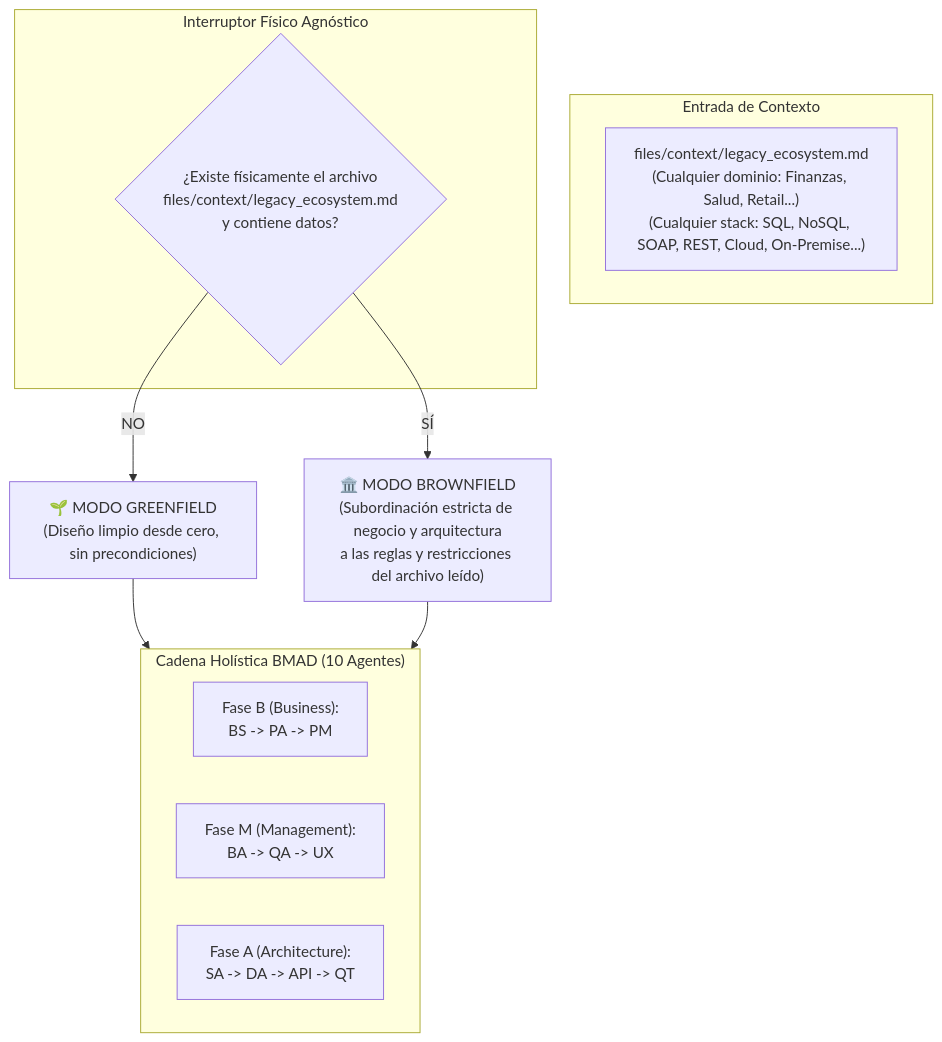
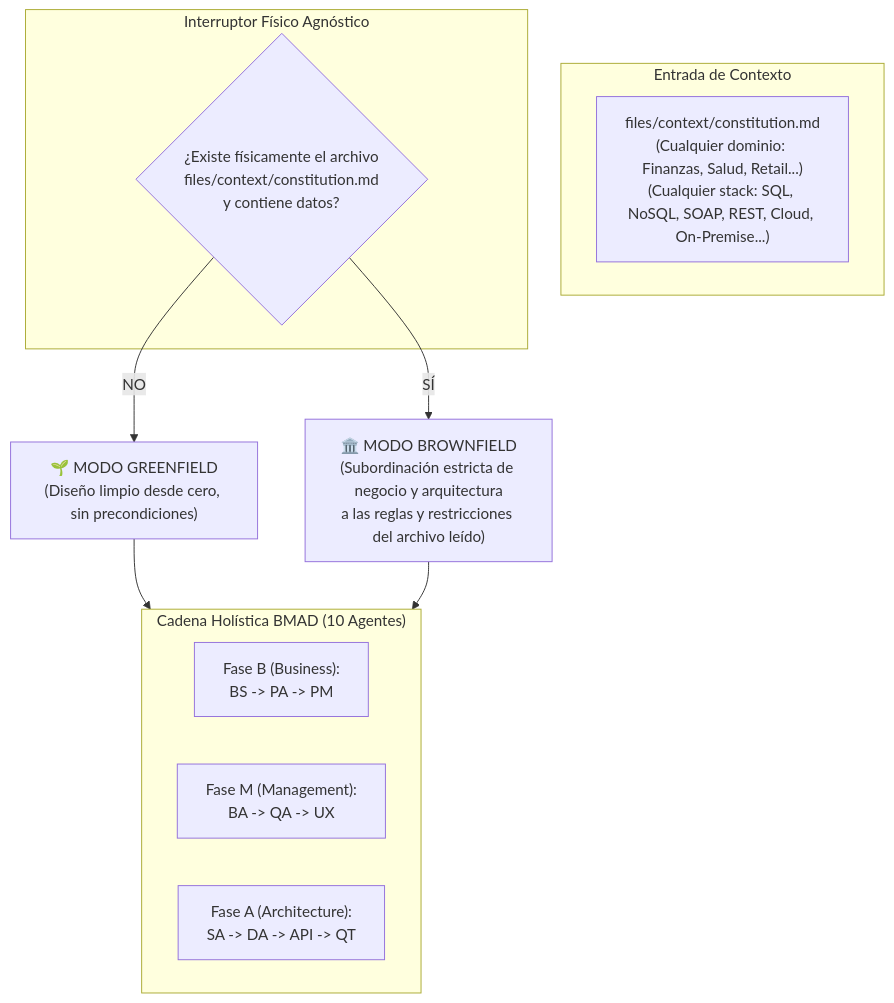
One commit to pauloravicaceres/template-bmad changed the diagram in plan-brownfield.md. Above: the diagram before and after it, drawn with Mermaid. The commit also changed other lines of this file and 132 other files, not shown here.

````diff
--- a/plan-brownfield.md
+++ b/plan-brownfield.md
@@ -23,22 +23,22 @@
 ```mermaid
 flowchart TD
     subgraph Input ["Entrada de Contexto"]
-        ArchivoCtx["files/context/legacy_ecosystem.md\n(Cualquier dominio: Finanzas, Salud, Retail...)\n(Cualquier stack: SQL, NoSQL, SOAP, REST, Cloud, On-Premise...)"]
+        ArchivoCtx["files/context/constitution.md\n(Cualquier dominio: Finanzas, Salud, Retail...)\n(Cualquier stack: SQL, NoSQL, SOAP, REST, Cloud, On-Premise...)"]
     end
 
     subgraph Decision ["Interruptor Físico Agnóstico"]
-        Check{"¿Existe físicamente el archivo\nfiles/context/legacy_ecosystem.md\ny contiene datos?"}
+        Check{"¿Existe físicamente el archivo\nfiles/context/constitution.md\ny contiene datos?"}
     end
 
     subgraph Pipeline ["Cadena Holística BMAD (10 Agentes)"]
         FaseB["Fase B (Business):\nBS -> PA -> PM"]
         FaseM["Fase M (Management):\nBA -> QA -> UX"]
         FaseA["Fase A (Architecture):\nSA -> DA -> API -> QT"]
     end
 
     Check -->|NO| GF["🌱 MODO GREENFIELD\n(Diseño limpio desde cero, sin precondiciones)"]
     Check -->|SÍ| BF["🏛️ MODO BROWNFIELD\n(Subordinación estricta de negocio y arquitectura\na las reglas y restricciones del archivo leído)"]
 
     GF --> Pipeline
     BF --> Pipeline
 ```
````
